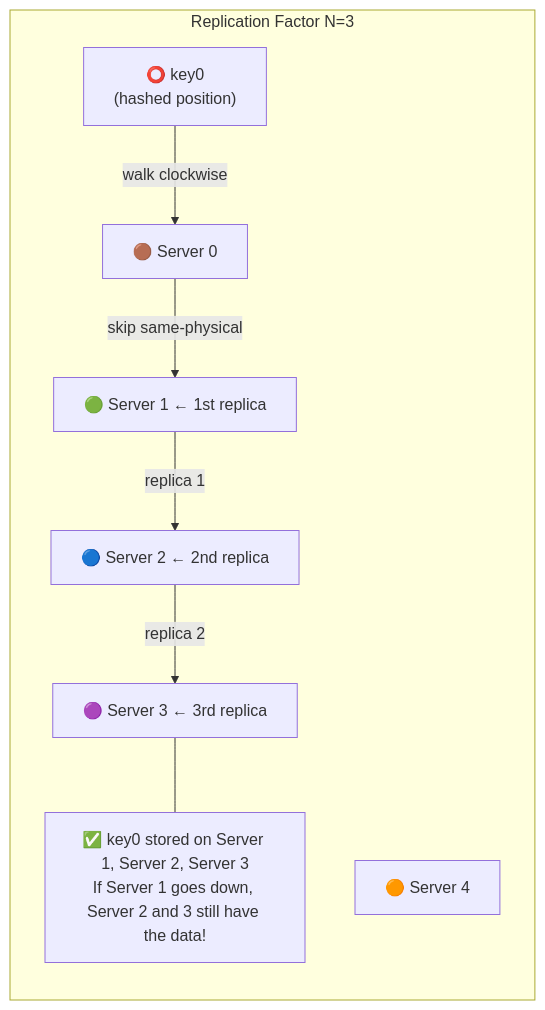
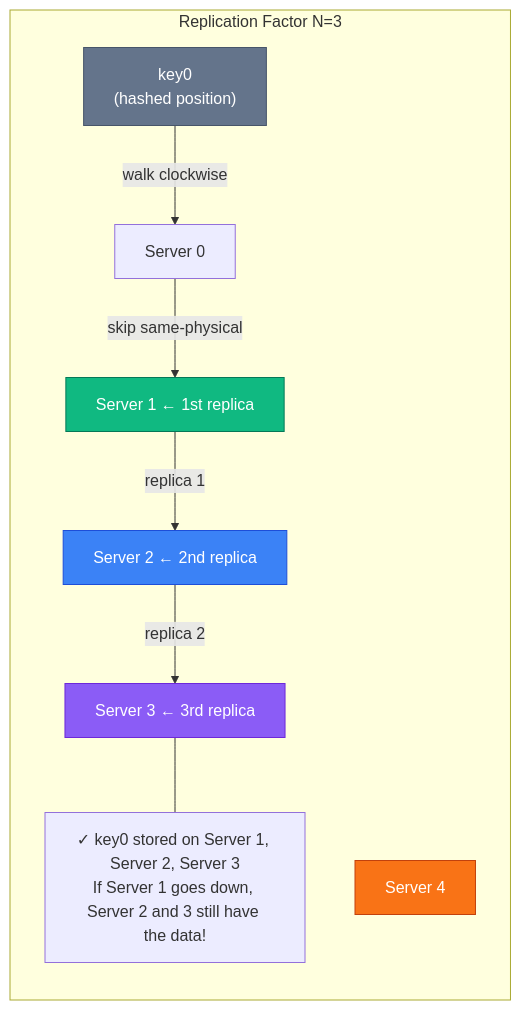
Before and after one commit to devops-monk/system-design-blog: diagram 16 of 23 in content/posts/2026/design-consistent-hashing.md, drawn with Mermaid. The commit also changed other lines of this file and 5 other files, not shown here.

````diff
--- a/content/posts/2026/design-consistent-hashing.md
+++ b/content/posts/2026/design-consistent-hashing.md
@@ -523,15 +553,20 @@
 ```mermaid
 graph LR
     subgraph REPLICATION["Replication Factor N=3"]
-        K0["⭕ key0\n(hashed position)"]
-        S0["🟤 Server 0"]
-        S1["🟢 Server 1 ← 1st replica"]
-        S2["🔵 Server 2 ← 2nd replica"]
-        S3["🟣 Server 3 ← 3rd replica"]
-        S4["🟠 Server 4"]
+        K0["key0\n(hashed position)"]
+        S0["Server 0"]
+        S1["Server 1 ← 1st replica"]
+        S2["Server 2 ← 2nd replica"]
+        S3["Server 3 ← 3rd replica"]
+        S4["Server 4"]
 
         K0 -->|"walk clockwise"| S0 -->|"skip same-physical"| S1 -->|"replica 1"| S2 -->|"replica 2"| S3
-        STORED["✅ key0 stored on Server 1, Server 2, Server 3\nIf Server 1 goes down, Server 2 and 3 still have the data!"]
+        STORED["✓ key0 stored on Server 1, Server 2, Server 3\nIf Server 1 goes down, Server 2 and 3 still have the data!"]
         S3 --- STORED
     end
+    style S3 fill:#8B5CF6,stroke:#6D28D9,color:#fff
+    style S2 fill:#3B82F6,stroke:#1D4ED8,color:#fff
+    style S4 fill:#F97316,stroke:#C2410C,color:#fff
+    style S1 fill:#10B981,stroke:#047857,color:#fff
+    style K0 fill:#64748B,stroke:#475569,color:#fff
 ```
````
